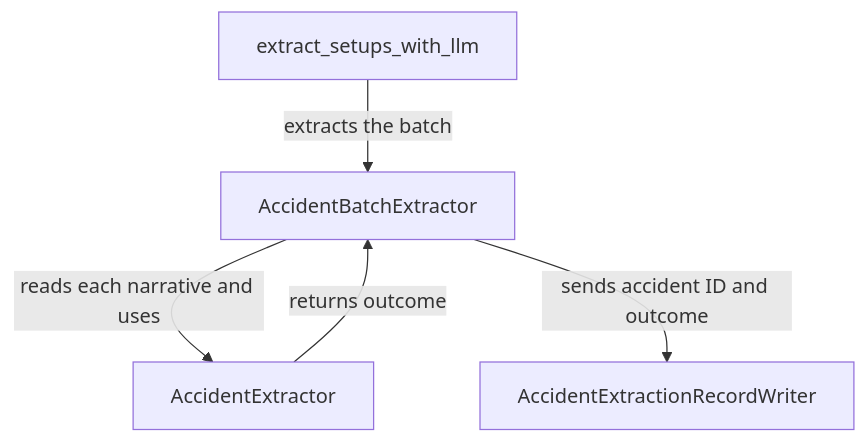
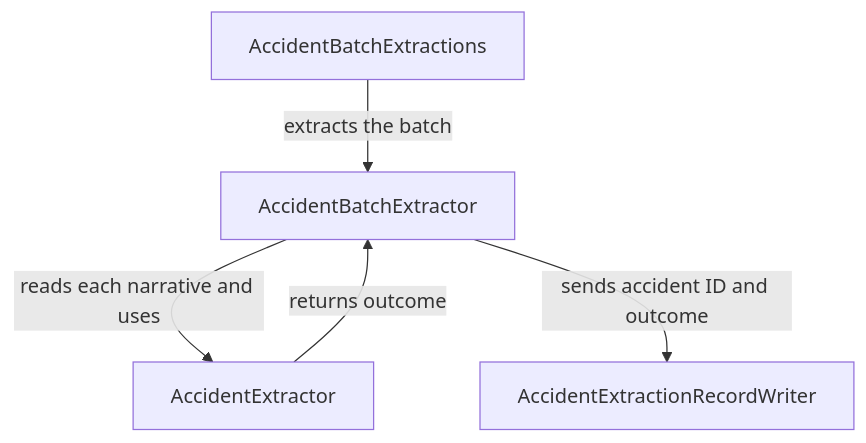
The second of 5 diagrams in README.md (OlenaBack/vehicle-claims-extractor), drawn with Mermaid before and after one commit. The commit also changed other lines of this file and 14 other files, not shown here.

````diff
--- a/README.md
+++ b/README.md
@@ -108,7 +110,7 @@
 ```mermaid
 flowchart TD
-    Session[extract_setups_with_llm] -->|extracts the batch| BatchExtractor[AccidentBatchExtractor]
+    Extractions[AccidentBatchExtractions] -->|extracts the batch| BatchExtractor[AccidentBatchExtractor]
     BatchExtractor -->|reads each narrative and uses| AccidentExtractor[AccidentExtractor]
     AccidentExtractor -->|returns outcome| BatchExtractor
     BatchExtractor -->|sends accident ID and outcome| Writer[AccidentExtractionRecordWriter]
 ```
````
